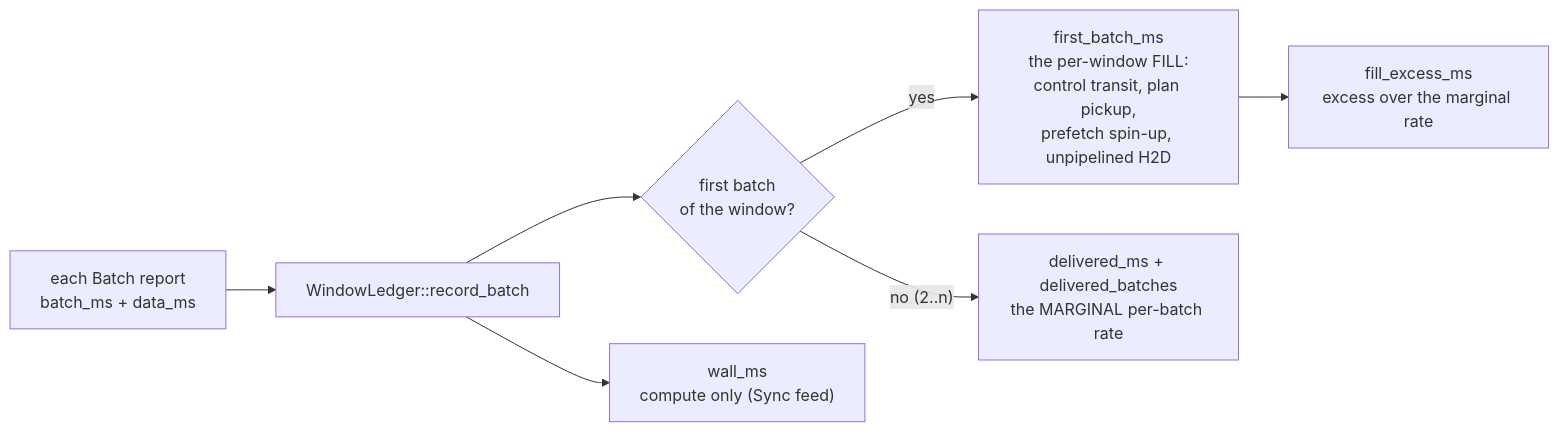
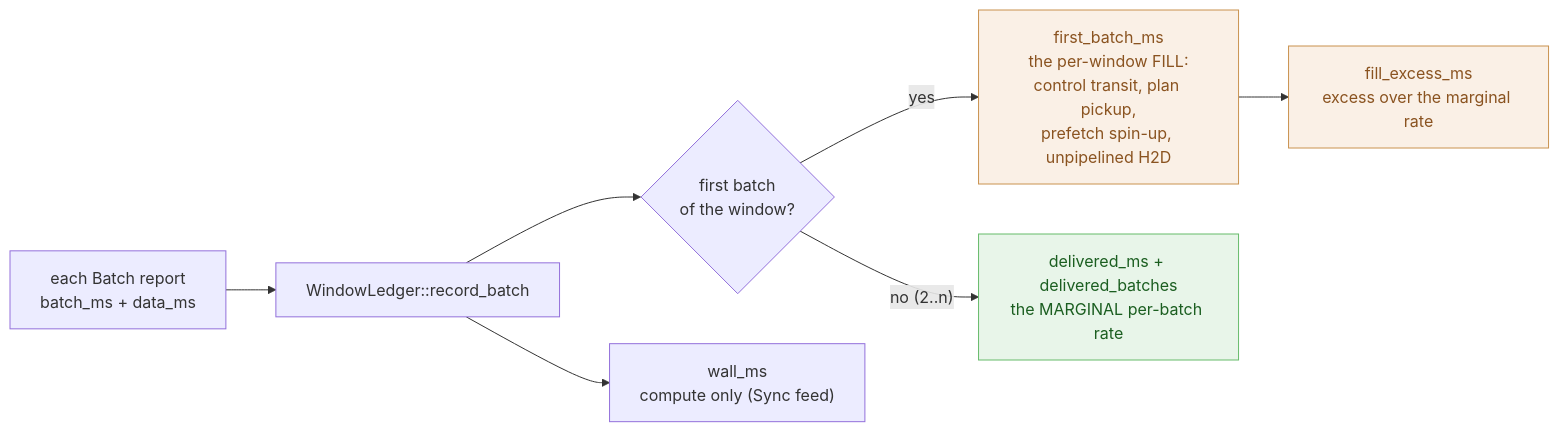
The fifth of 7 diagrams in docs/distributed/architecture.md (fab2s/floDl), drawn with Mermaid before and after one commit. The commit also changed other lines of this file and 6 other files, not shown here.

Commit message:
doc: mermaid palette

````diff
--- a/docs/distributed/architecture.md
+++ b/docs/distributed/architecture.md
@@ -434,9 +454,14 @@
 ```mermaid
 flowchart LR
     A["each Batch report<br/>batch_ms + data_ms"] --> B["WindowLedger::record_batch"]
     B --> C{"first batch<br/>of the window?"}
     C -->|yes| D["first_batch_ms<br/>the per-window FILL:<br/>control transit, plan pickup,<br/>prefetch spin-up, unpipelined H2D"]
     C -->|"no (2..n)"| E["delivered_ms + delivered_batches<br/>the MARGINAL per-batch rate"]
     D --> F["fill_excess_ms<br/>excess over the marginal rate"]
     B --> G["wall_ms<br/>compute only (Sync feed)"]
+
+    classDef good fill:#e8f5e9,stroke:#66bb6a,color:#1b5e20
+    classDef cost fill:#faf0e6,stroke:#c9924f,color:#8a5320
+    class E good
+    class D,F cost
 ```
````
